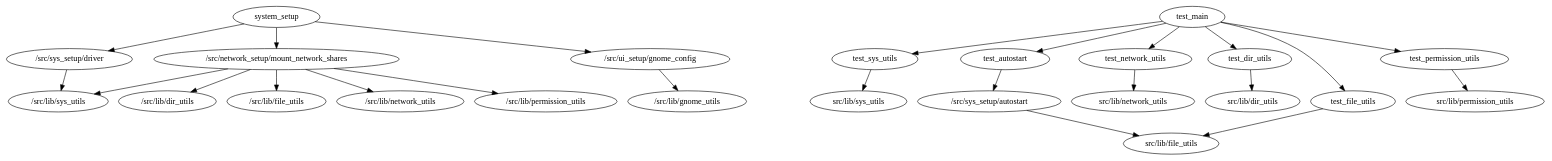
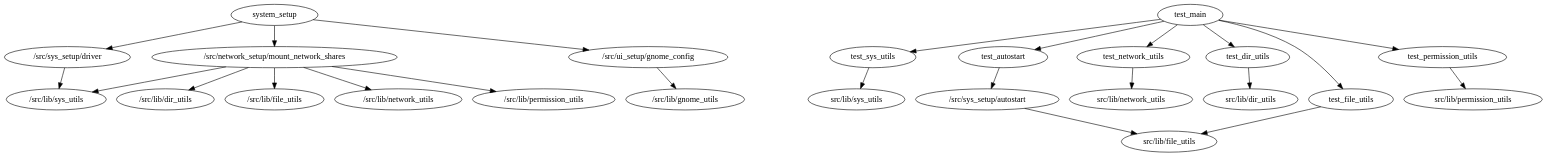
One commit to philnewm/shellscripts changed the diagram in bash_dependencies.dot. Above: the diagram before and after it, drawn with Graphviz.

Commit message:
updated dot_file_gen

```diff
--- a/bash_dependencies.dot
+++ b/bash_dependencies.dot
@@ -1,31 +1,32 @@
-digraph Dependencies {
+digraph Dependencies{
+graph [bgcolor="transparent"]
 "system_setup" -> {
     "/src/sys_setup/driver",
     "/src/network_setup/mount_network_shares",
     "/src/ui_setup/gnome_config"
     };
 "/src/sys_setup/driver" -> "/src/lib/sys_utils";
 "/src/network_setup/mount_network_shares" -> {
     "/src/lib/dir_utils",
     "/src/lib/file_utils",
     "/src/lib/network_utils",
     "/src/lib/permission_utils",
     "/src/lib/sys_utils"
     };
 "/src/ui_setup/gnome_config" -> "/src/lib/gnome_utils";
 "test_sys_utils" -> "src/lib/sys_utils";
 "test_autostart" -> "/src/sys_setup/autostart";
 "/src/sys_setup/autostart" -> "src/lib/file_utils";
 "test_network_utils" -> "src/lib/network_utils";
 "test_main" -> {
     "test_autostart",
     "test_dir_utils",
     "test_file_utils",
     "test_network_utils",
     "test_permission_utils",
     "test_sys_utils"
 };
 "test_file_utils" -> "src/lib/file_utils";
 "test_permission_utils" -> "src/lib/permission_utils";
 "test_dir_utils" -> "src/lib/dir_utils";
 }
```
